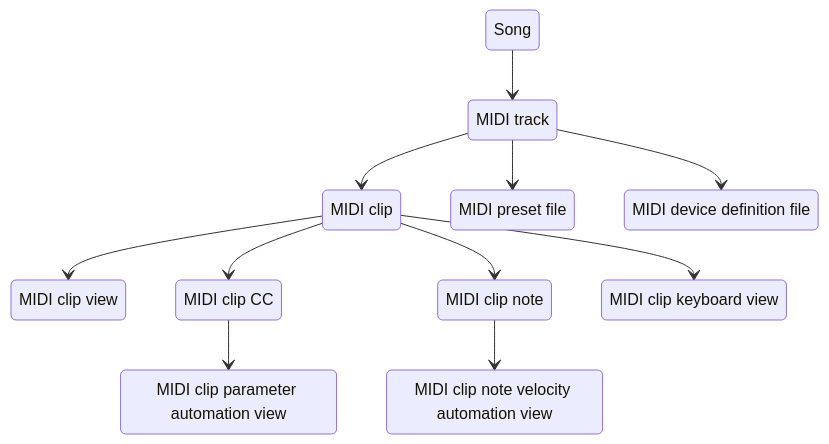
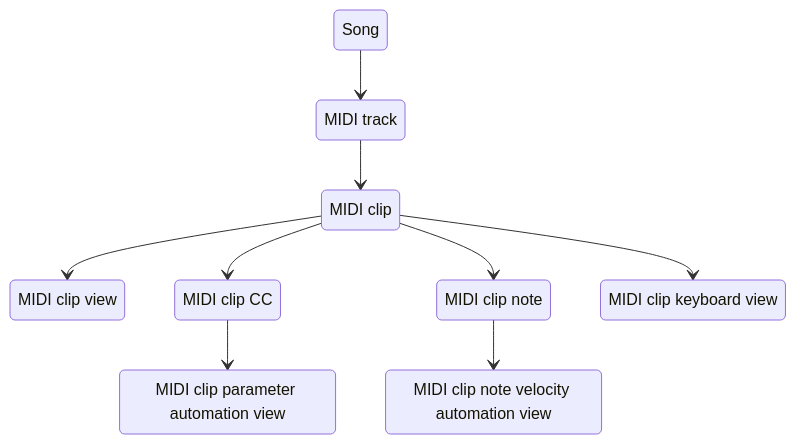
Diagram 15 of 16 in website/src/content/docs/manual/introduction/concepts.mdx (SynthstromAudible/DelugeFirmware), drawn with Mermaid before and after one commit. The commit also changed other lines of this file and 1 other file, not shown here.

````diff
--- a/website/src/content/docs/manual/introduction/concepts.mdx
+++ b/website/src/content/docs/manual/introduction/concepts.mdx
@@ -545,24 +526,20 @@
 ```mermaid
 stateDiagram-v2
   Song --> MIDITrack
   MIDITrack --> MIDIClip
-  MIDITrack --> MIDIPresetFile
-  MIDITrack --> MIDIDeviceDefinitionFile
   MIDIClip --> MIDIClipView
   MIDIClip --> MIDIClipCC
   MIDIClipCC --> MIDIClipAutomationView
   MIDIClip --> MIDIClipNote
   MIDIClipNote --> MIDIClipNoteVelocityAutomationView
   MIDIClip --> MIDIClipKeyboardView
 
   MIDITrack: MIDI track
-  MIDIPresetFile: MIDI preset file
-  MIDIDeviceDefinitionFile: MIDI device definition file
   MIDIClip: MIDI clip
   MIDIClipView: MIDI clip view
   MIDIClipCC: MIDI clip CC
   MIDIClipAutomationView: MIDI clip parameter automation view
   MIDIClipNote: MIDI clip note
   MIDIClipNoteVelocityAutomationView: MIDI clip note velocity automation view
   MIDIClipKeyboardView: MIDI clip keyboard view
 ```
````
